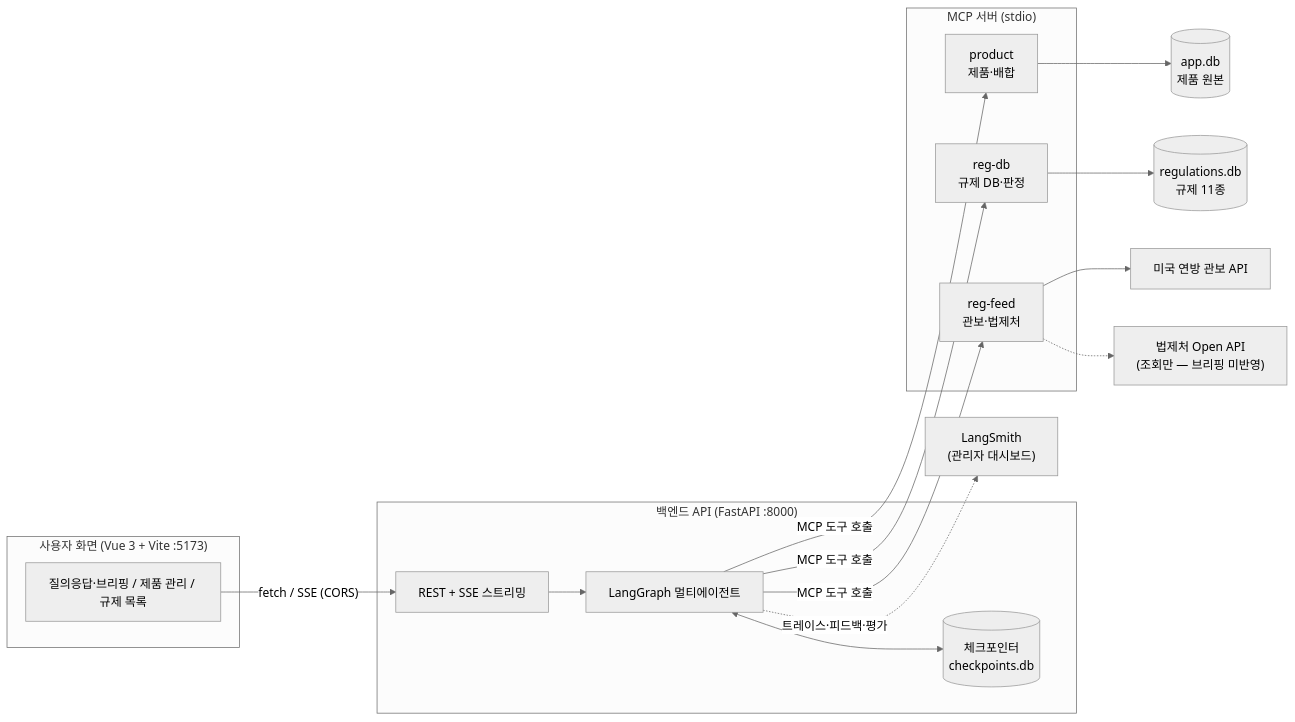
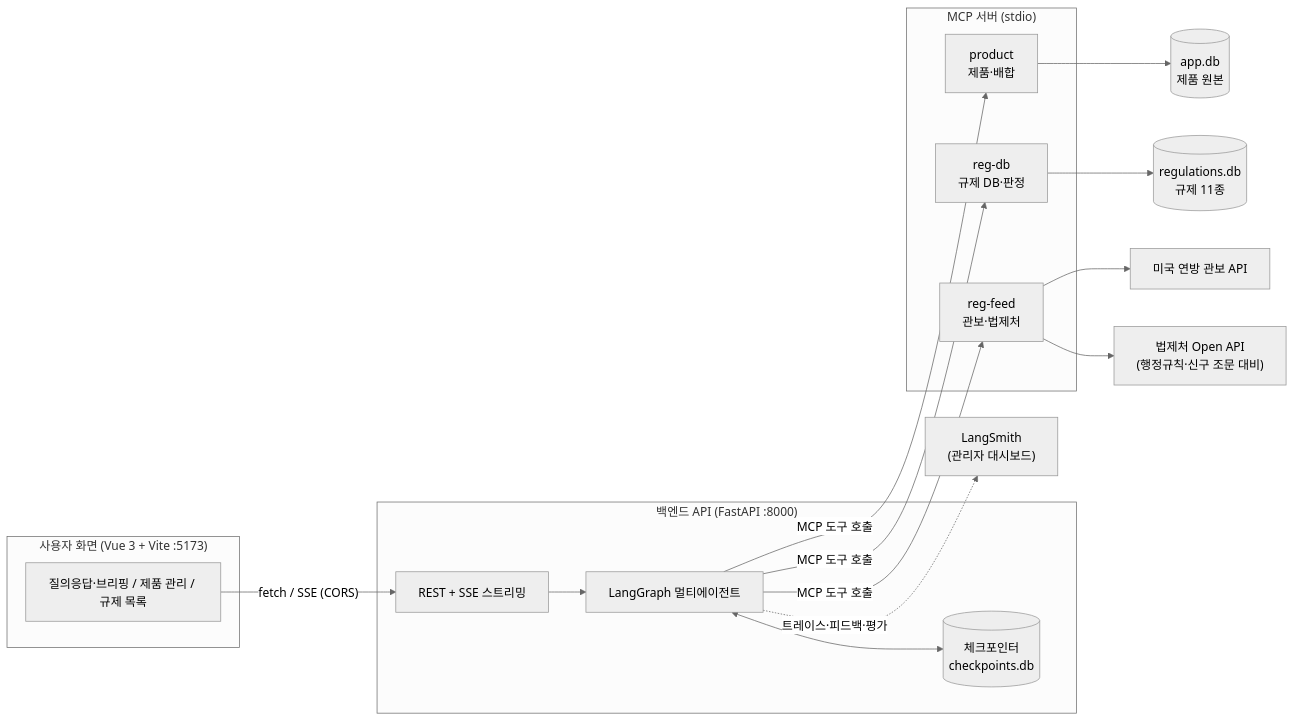
Before and after one commit to ji0x0/skala-chem-reg: the first of 2 diagrams in README.md, drawn with Mermaid (neutral theme). The commit also changed other lines of this file and 5 other files, not shown here.

````diff
--- a/README.md
+++ b/README.md
@@ -32,24 +32,24 @@
 ```mermaid
 flowchart LR
     subgraph FE["사용자 화면 (Vue 3 + Vite :5173)"]
         UI["질의응답·브리핑 / 제품 관리 / 규제 목록"]
     end
     subgraph BE["백엔드 API (FastAPI :8000)"]
         API["REST + SSE 스트리밍"]
         G["LangGraph 멀티에이전트"]
         CK[("체크포인터<br/>checkpoints.db")]
     end
     subgraph MCP["MCP 서버 (stdio)"]
         P["product<br/>제품·배합"]
         R["reg-db<br/>규제 DB·판정"]
         F["reg-feed<br/>관보·법제처"]
     end
     UI -- "fetch / SSE (CORS)" --> API --> G
     G <--> CK
     G -- "MCP 도구 호출" --> P & R & F
     P --> ADB[("app.db<br/>제품 원본")]
     R --> RDB[("regulations.db<br/>규제 11종")]
     F --> FR["미국 연방 관보 API"]
-    F -.-> LAW["법제처 Open API<br/>(조회만 — 브리핑 미반영)"]
+    F --> LAW["법제처 Open API<br/>(행정규칙·신구 조문 대비)"]
     G -. "트레이스·피드백·평가" .-> LS["LangSmith<br/>(관리자 대시보드)"]
 ```
````
